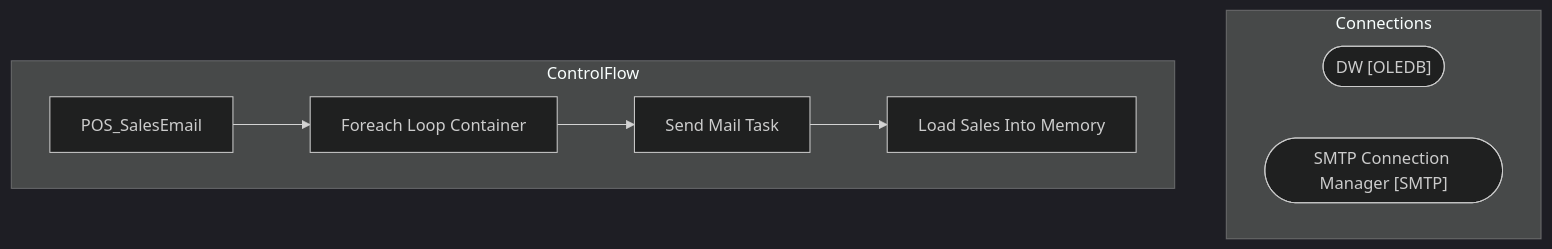
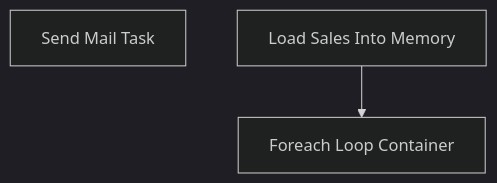
Before and after one commit to juanandresbrain/BABSkills: the diagram in bab-docs-explorer/Documentation/STL-SSIS-P-01/SSIS/POS/POS_SalesEmail.POS_SalesEmail.md, drawn with Mermaid (dark theme). The commit also changed other lines of this file and 273 other files, not shown here.

````diff
--- a/bab-docs-explorer/Documentation/STL-SSIS-P-01/SSIS/POS/POS_SalesEmail.POS_SalesEmail.md
+++ b/bab-docs-explorer/Documentation/STL-SSIS-P-01/SSIS/POS/POS_SalesEmail.POS_SalesEmail.md
@@ -9,16 +33,7 @@
 ```mermaid
 flowchart TD
-    subgraph Connections
-        DW_conn(["DW [OLEDB]"])
-        SMTP_Connection_Manager_conn(["SMTP Connection Manager [SMTP]"])
-    end
-    subgraph ControlFlow
-        POS_SalesEmail_task["POS_SalesEmail"]
-        Foreach_Loop_Container_task["Foreach Loop Container"]
-        POS_SalesEmail_task --> Foreach_Loop_Container_task
-        Send_Mail_Task_task["Send Mail Task"]
-        Foreach_Loop_Container_task --> Send_Mail_Task_task
-        Load_Sales_Into_Memory_task["Load Sales Into Memory"]
-        Send_Mail_Task_task --> Load_Sales_Into_Memory_task
-    end
+    n_Package_Foreach_Loop_Container["Foreach Loop Container"]
+    n_Package_Foreach_Loop_Container_Send_Mail_Task["Send Mail Task"]
+    n_Package_Load_Sales_Into_Memory["Load Sales Into Memory"]
+    n_Package_Load_Sales_Into_Memory --> n_Package_Foreach_Loop_Container
 ```
````
